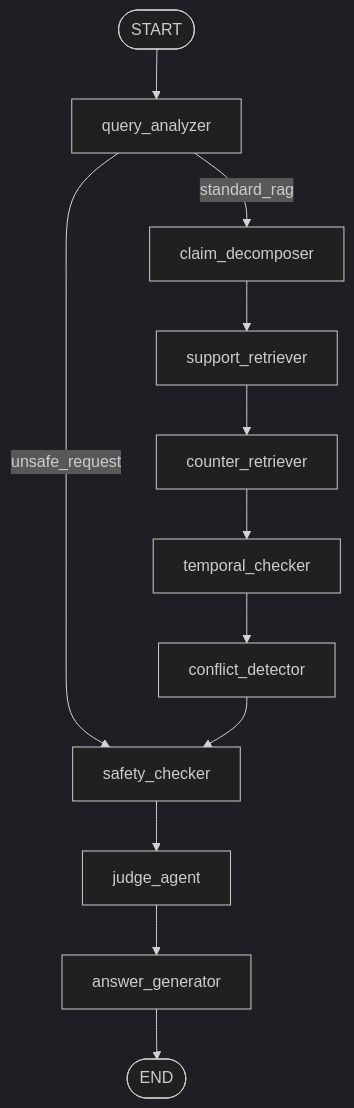
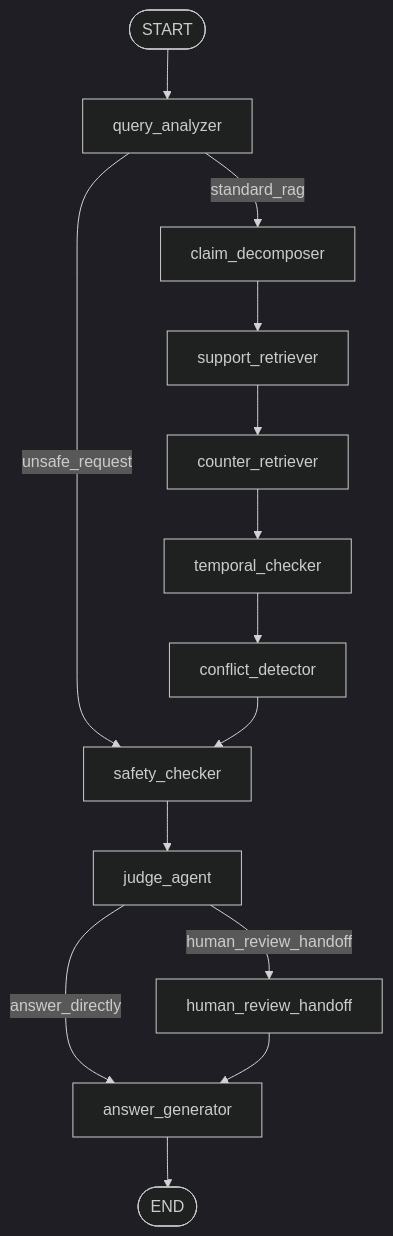
The diagram in README.md (JassonG-xt/Trust-RAG-Accounting), drawn with Mermaid (dark theme) before and after one commit. The commit also changed other lines of this file and 18 other files, not shown here.

First line of the commit message:
feat(review): add human review handoff

````diff
--- a/README.md
+++ b/README.md
@@ -168,14 +168,16 @@
 ```mermaid
 flowchart TD
     START([START]) --> Q[query_analyzer]
     Q -->|unsafe_request| SC[safety_checker]
     Q -->|standard_rag| CD[claim_decomposer]
     CD --> SR[support_retriever]
     SR --> CR[counter_retriever]
     CR --> TC[temporal_checker]
     TC --> CF[conflict_detector]
     CF --> SC
     SC --> JA[judge_agent]
-    JA --> AG[answer_generator]
+    JA -->|human_review_handoff| HR[human_review_handoff]
+    JA -->|answer_directly| AG[answer_generator]
+    HR --> AG
     AG --> END([END])
 ```
````
